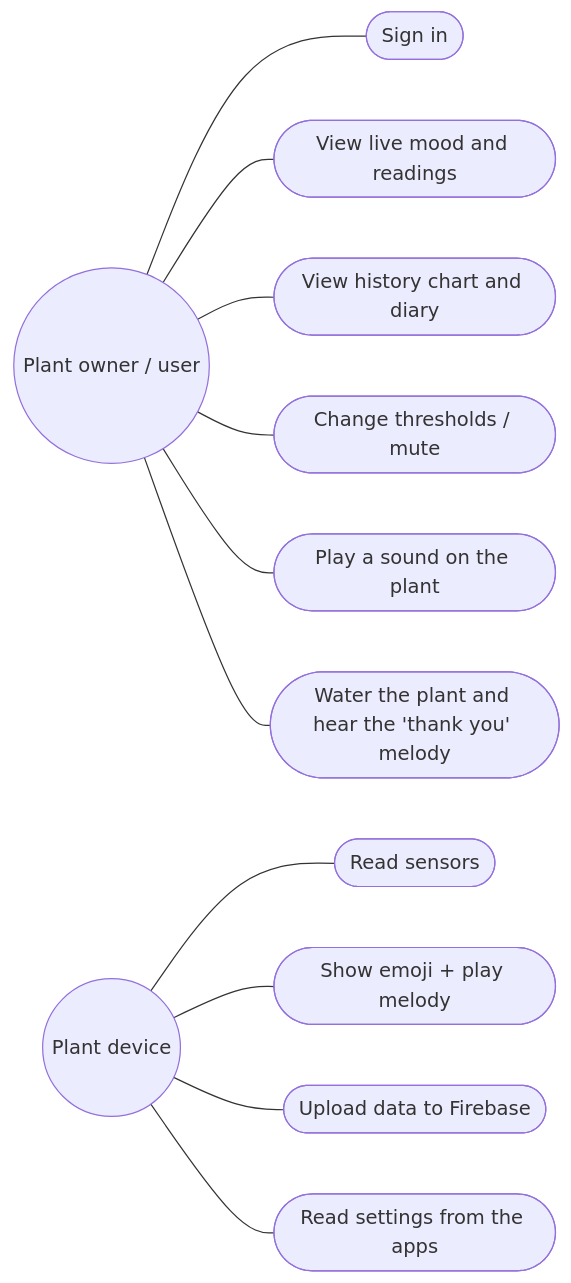
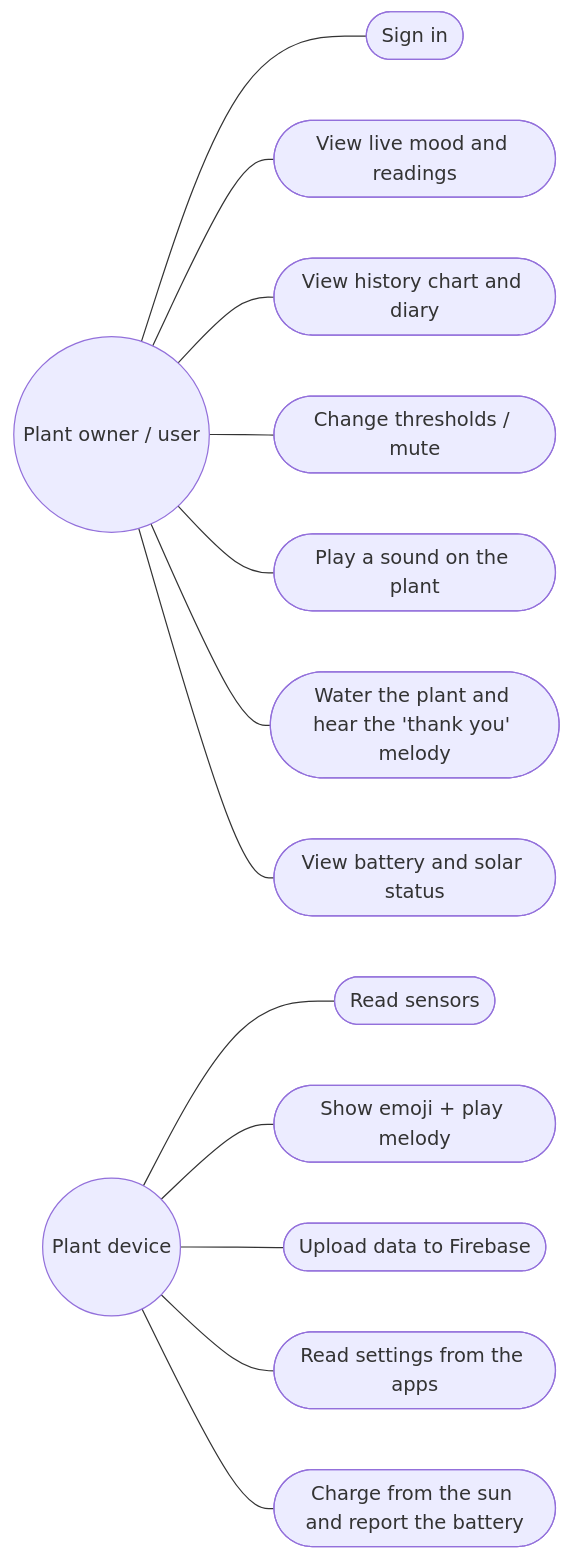
The first of 2 diagrams in rayy/docs/01-requirements.md (HassanDiab95/CLAUDE), drawn with Mermaid before and after one commit. The commit also changed other lines of this file and 50 other files, not shown here.

````diff
--- a/rayy/docs/01-requirements.md
+++ b/rayy/docs/01-requirements.md
@@ -96,15 +103,17 @@
 ```mermaid
 flowchart LR
   U((Plant owner / user))
   P((Plant device))
   U --- UC1([Sign in])
   U --- UC2([View live mood and readings])
   U --- UC3([View history chart and diary])
   U --- UC4([Change thresholds / mute])
   U --- UC5([Play a sound on the plant])
   U --- UC6([Water the plant and hear the 'thank you' melody])
   P --- UC7([Read sensors])
   P --- UC8([Show emoji + play melody])
   P --- UC9([Upload data to Firebase])
   P --- UC10([Read settings from the apps])
+  P --- UC11([Charge from the sun and report the battery])
+  U --- UC12([View battery and solar status])
 ```
````
